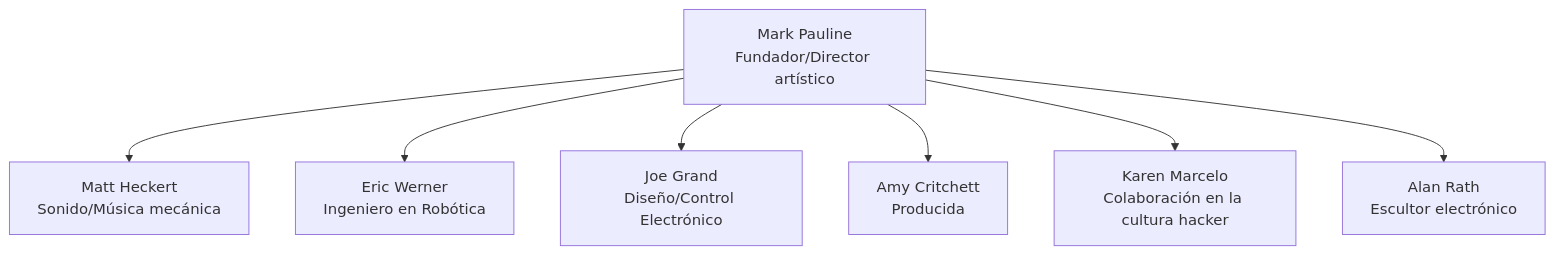
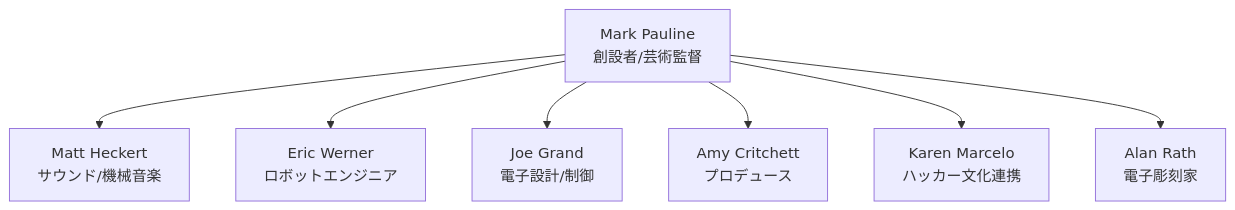
One commit to monumental-movement/monumental-movement.github.io changed the diagram in es/_posts/2025-10-01-Column-Survival-Research-Laboratories.md. Above: the diagram before and after it, drawn with Mermaid. The commit also changed other lines of this file and 299 other files, not shown here.

```diff
--- a/es/_posts/2025-10-01-Column-Survival-Research-Laboratories.md
+++ b/es/_posts/2025-10-01-Column-Survival-Research-Laboratories.md
@@ -110,9 +110,9 @@
 <div class="mermaid">
 flowchart TD
-    A[Mark Pauline<br>Fundador/Director artístico] --> B[Matt Heckert<br>Sonido/Música mecánica]
-    A --> C[Eric Werner<br>Ingeniero en Robótica]
-    A --> D[Joe Grand<br>Diseño/Control Electrónico]
-    A --> E[Amy Critchett<br>Producida]
-    A --> F[Karen Marcelo<br>Colaboración en la cultura hacker]
-    A --> G[Alan Rath<br>Escultor electrónico]
+    A[Mark Pauline<br>創設者/芸術監督] --> B[Matt Heckert<br>サウンド/機械音楽]
+    A --> C[Eric Werner<br>ロボットエンジニア]
+    A --> D[Joe Grand<br>電子設計/制御]
+    A --> E[Amy Critchett<br>プロデュース]
+    A --> F[Karen Marcelo<br>ハッカー文化連携]
+    A --> G[Alan Rath<br>電子彫刻家]
 </div>
```
